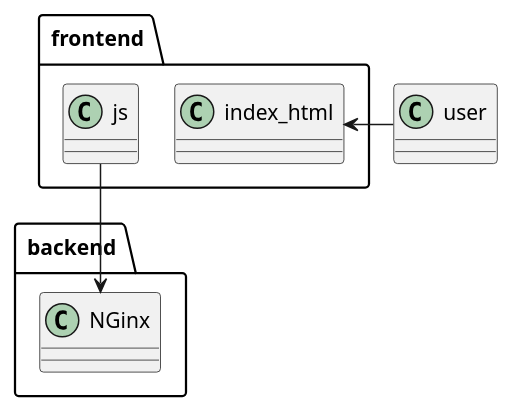
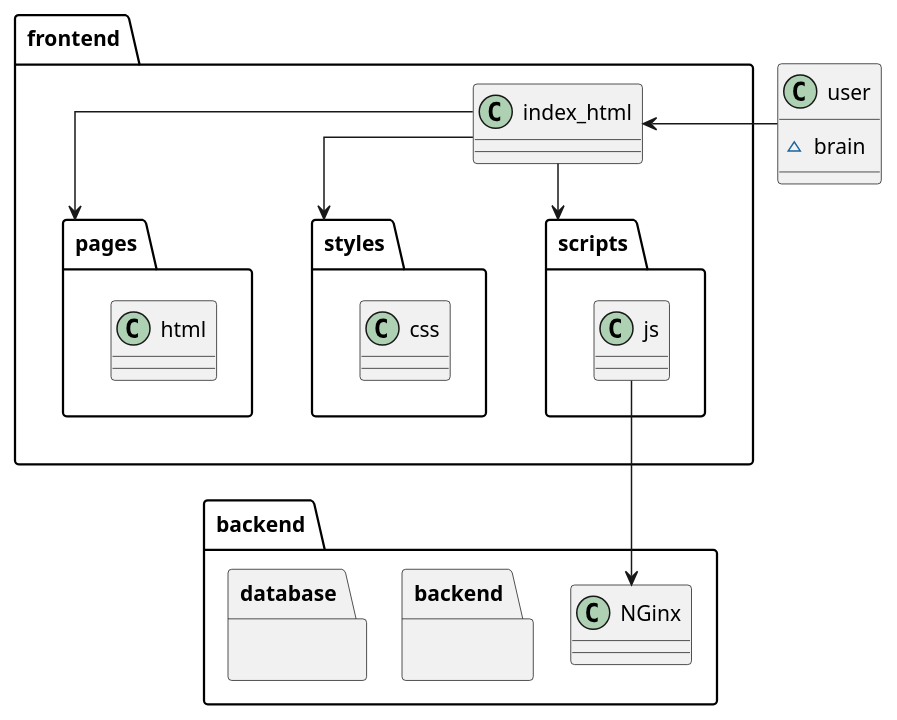
Before and after one commit to SkotnikovViktor/NNGASU_Services_Project: the diagram in scheme.puml, drawn with PlantUML.

```diff
--- a/scheme.puml
+++ b/scheme.puml
@@ -1,29 +1,53 @@
 @startuml
 skinparam linetype ortho
 allowmixing
 
 skinparam nodesep 24
 skinparam ranksep 10
 skinparam padding 4
 
-class user {}
+class user {
+~ brain
+}
 
 ' === BACKEND ===
-package backend <<Folder>> {
+package "backend" as back_part <<Folder>> {
   class NGinx {}
+
+  package backend {}
+  package database {}
 }
 
 ' === FRONTEND ===
-package frontend <<Folder>> {
+package "frontend" as front_part <<Folder>> {
+ package pages {
+  class html {}
+ }
+
+ package styles {
+  class css {}
+ }
+
+ package scripts {
+  class js {}
+ }
+
  class index_html {}
- class js {}
 }
 
 ' === DEPENDENCIES ===
 user -left--> index_html
+
+index_html --> pages
+index_html --> styles
+index_html --> scripts
+
+
 js --> NGinx
 
 ' === HIDDEN ===
 js -[hidden]right- index_html
 
+' === NOTES ===
+
 @enduml
```
